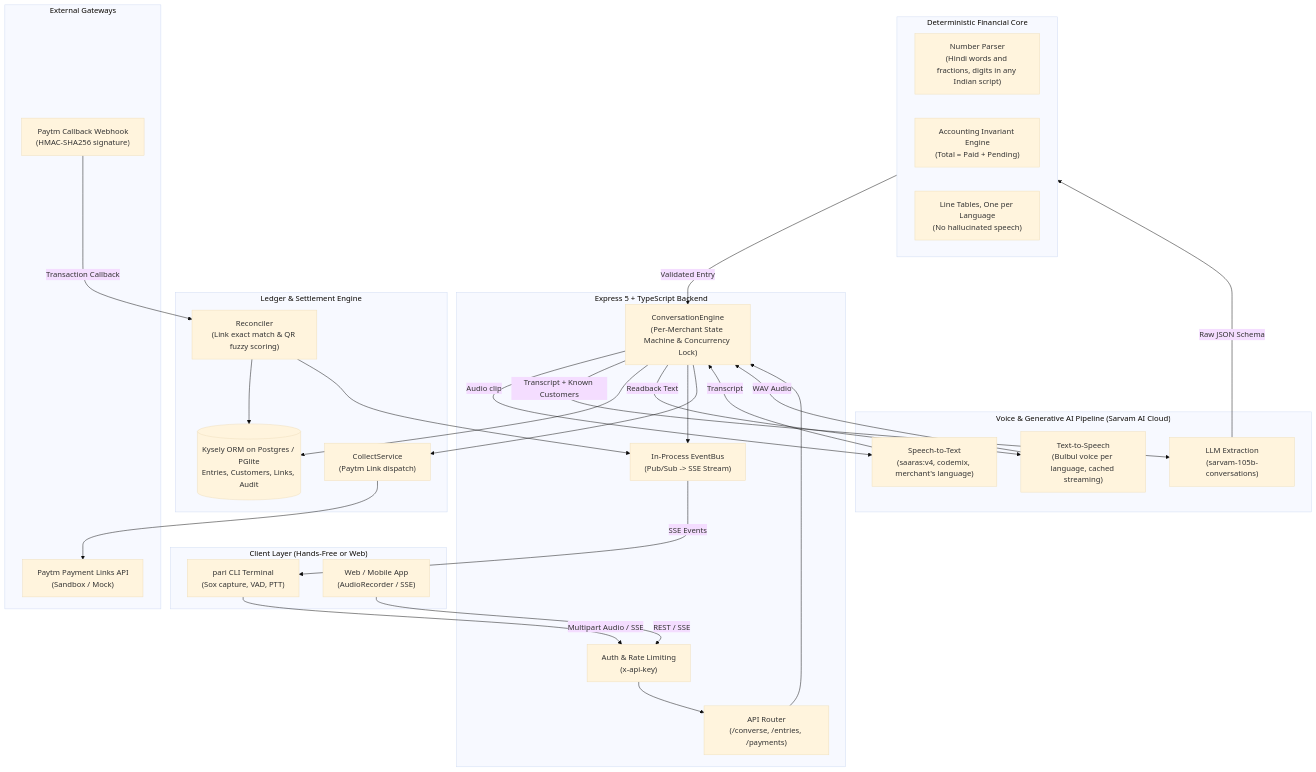
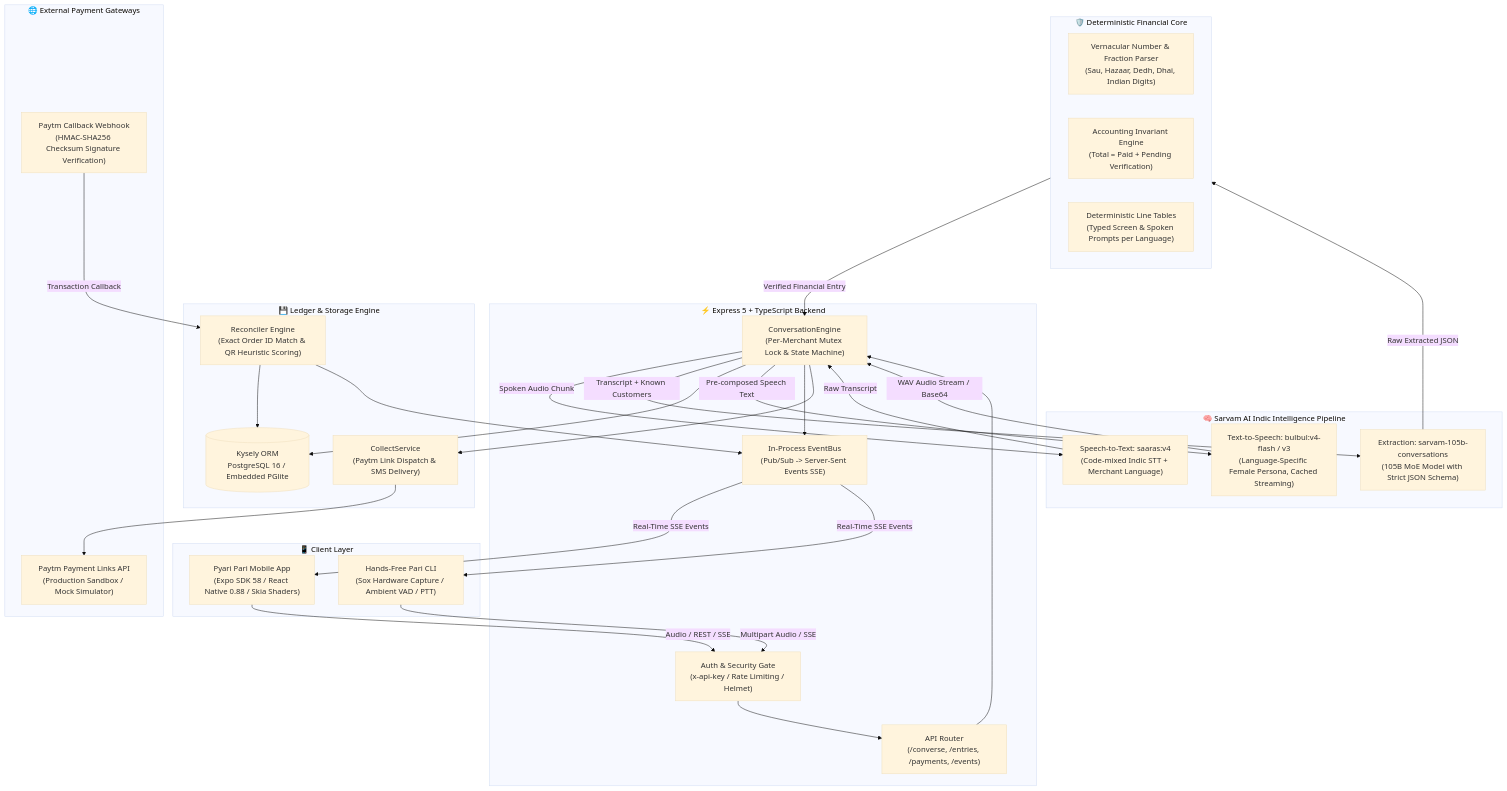
Before and after one commit to mahreenaisha/pari: the first of 4 diagrams in README.md, drawn with Mermaid (base theme). The commit also changed other lines of this file and 3 other files, not shown here.

````diff
--- a/README.md
+++ b/README.md
@@ -27,60 +43,61 @@
 ```mermaid
 flowchart TD
-    subgraph ClientLayer["Client Layer (Hands-Free or Web)"]
-        CLI["pari CLI Terminal<br/>(Sox capture, VAD, PTT)"]
-        WebUI["Web / Mobile App<br/>(AudioRecorder / SSE)"]
+    subgraph ClientLayer["📱 Client Layer"]
+        Mobile["Pyari Pari Mobile App<br/>(Expo SDK 58 / React Native 0.88 / Skia Shaders)"]
+        CLI["Hands-Free Pari CLI<br/>(Sox Hardware Capture / Ambient VAD / PTT)"]
     end
 
-    subgraph APILayer["Express 5 + TypeScript Backend"]
-        Auth["Auth & Rate Limiting<br/>(x-api-key)"]
-        Router["API Router<br/>(/converse, /entries, /payments)"]
-        Engine["ConversationEngine<br/>(Per-Merchant State Machine & Concurrency Lock)"]
-        Bus["In-Process EventBus<br/>(Pub/Sub -> SSE Stream)"]
+    subgraph APILayer["⚡ Express 5 + TypeScript Backend"]
+        Auth["Auth & Security Gate<br/>(x-api-key / Rate Limiting / Helmet)"]
+        Router["API Router<br/>(/converse, /entries, /payments, /events)"]
+        Engine["ConversationEngine<br/>(Per-Merchant Mutex Lock & State Machine)"]
+        Bus["In-Process EventBus<br/>(Pub/Sub -> Server-Sent Events SSE)"]
     end
 
-    subgraph AIEngine["Voice & Generative AI Pipeline (Sarvam AI Cloud)"]
-        STT["Speech-to-Text<br/>(saaras:v4, codemix, merchant's language)"]
-        LLM["LLM Extraction<br/>(sarvam-105b-conversations)"]
-        TTS["Text-to-Speech<br/>(Bulbul voice per language, cached streaming)"]
+    subgraph AIEngine["🧠 Sarvam AI Indic Intelligence Pipeline"]
+        STT["Speech-to-Text: saaras:v4<br/>(Code-mixed Indic STT + Merchant Language)"]
+        LLM["Extraction: sarvam-105b-conversations<br/>(105B MoE Model with Strict JSON Schema)"]
+        TTS["Text-to-Speech: bulbul:v4-flash / v3<br/>(Language-Specific Female Persona, Cached Streaming)"]
     end
 
-    subgraph Guardrails["Deterministic Financial Core"]
-        NumParser["Number Parser<br/>(Hindi words and fractions, digits in any Indian script)"]
-        InvariantCheck["Accounting Invariant Engine<br/>(Total = Paid + Pending)"]
-        Templates["Line Tables, One per Language<br/>(No hallucinated speech)"]
+    subgraph Guardrails["🛡️ Deterministic Financial Core"]
+        NumParser["Vernacular Number & Fraction Parser<br/>(Sau, Hazaar, Dedh, Dhai, Indian Digits)"]
+        InvariantCheck["Accounting Invariant Engine<br/>(Total = Paid + Pending Verification)"]
+        LineTables["Deterministic Line Tables<br/>(Typed Screen & Spoken Prompts per Language)"]
     end
 
-    subgraph LedgerReconciliation["Ledger & Settlement Engine"]
-        Collect["CollectService<br/>(Paytm Link dispatch)"]
-        Reconciler["Reconciler<br/>(Link exact match & QR fuzzy scoring)"]
-        DB[(Kysely ORM on Postgres / PGlite<br/>Entries, Customers, Links, Audit)]
+    subgraph LedgerLayer["💾 Ledger & Storage Engine"]
+        Collect["CollectService<br/>(Paytm Link Dispatch & SMS Delivery)"]
+        Reconciler["Reconciler Engine<br/>(Exact Order ID Match & QR Heuristic Scoring)"]
+        DB[(Kysely ORM<br/>PostgreSQL 16 / Embedded PGlite)]
     end
 
-    subgraph External["External Gateways"]
-        PaytmAPI["Paytm Payment Links API<br/>(Sandbox / Mock)"]
-        PaytmWebhook["Paytm Callback Webhook<br/>(HMAC-SHA256 signature)"]
+    subgraph External["🌐 External Payment Gateways"]
+        PaytmAPI["Paytm Payment Links API<br/>(Production Sandbox / Mock Simulator)"]
+        PaytmWebhook["Paytm Callback Webhook<br/>(HMAC-SHA256 Checksum Signature Verification)"]
     end
 
+    Mobile -->|Audio / REST / SSE| Auth
     CLI -->|Multipart Audio / SSE| Auth
-    WebUI -->|REST / SSE| Auth
     Auth --> Router
     Router --> Engine
 
-    Engine -->|Audio clip| STT
-    STT -->|Transcript| Engine
+    Engine -->|Spoken Audio Chunk| STT
+    STT -->|Raw Transcript| Engine
     Engine -->|Transcript + Known Customers| LLM
-    LLM -->|Raw JSON Schema| Guardrails
-    Guardrails -->|Validated Entry| Engine
+    LLM -->|Raw Extracted JSON| Guardrails
+    Guardrails -->|Verified Financial Entry| Engine
 
     Engine --> DB
-    Engine -->|Readback Text| TTS
-    TTS -->|WAV Audio| Engine
+    Engine -->|Pre-composed Speech Text| TTS
+    TTS -->|WAV Audio Stream / Base64| Engine
     Engine --> Bus
-    Bus -->|SSE Events| CLI
+    Bus -->|Real-Time SSE Events| Mobile
+    Bus -->|Real-Time SSE Events| CLI
 
     Engine --> Collect
     Collect --> PaytmAPI
     PaytmWebhook -->|Transaction Callback| Reconciler
     Reconciler --> DB
     Reconciler --> Bus
 ```
````
